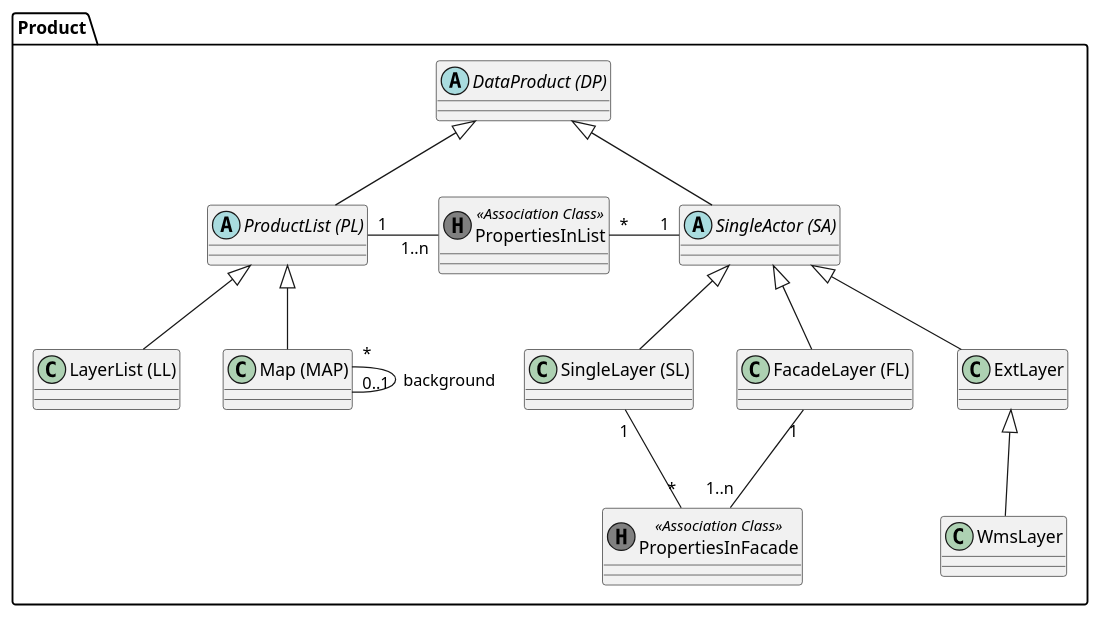
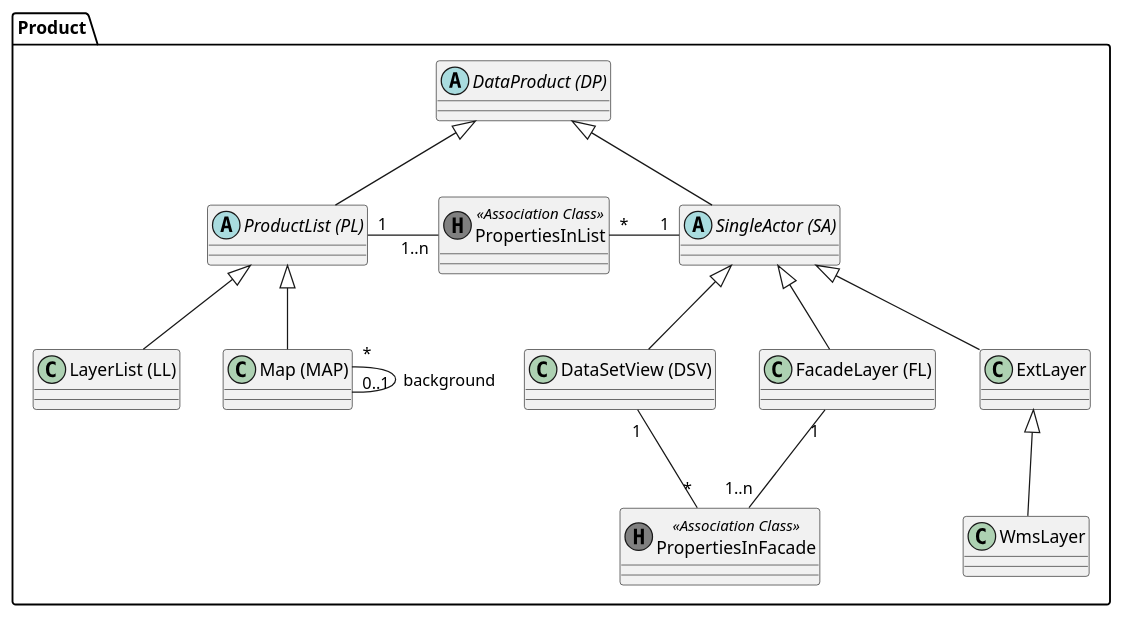
One commit to sogis/simi changed the diagram in simi/doc/puml/src/simi_product.puml. Above: the diagram before and after it, drawn with PlantUML. The commit also changed 8 other files, not shown here.

Commit message:
sl2dsv: puml diagrams

```diff
--- a/simi/doc/puml/src/simi_product.puml
+++ b/simi/doc/puml/src/simi_product.puml
@@ -1,39 +1,39 @@
 @startuml
 package Product {
   abstract class "DataProduct (DP)" as dp
 
   abstract class "ProductList (PL)" as pl
   class "LayerList (LL)" as ll
   class "Map (MAP)" as map
 
   abstract class "SingleActor (SA)" as sa
   class "FacadeLayer (FL)" as fl
-  class "SingleLayer (SL)" as sl
+  class "DataSetView (DSV)" as dsv
   class "ExtLayer" as el
   class "WmsLayer" as wl
 
   class "PropertiesInFacade" as pif << (H, grey) Association Class >>
   class "PropertiesInList" as pil << (H, grey) Association Class >>
 
   dp <|-- pl
 
   pl <|-- ll
   pl <|-- map
 
   dp <|-- sa
 
-  sa <|-- sl
+  sa <|-- dsv
   sa <|-- fl
   sa <|-- el
 
   el <|-- wl
 
   pl "1" -right- "1..n" pil : "      "
   pil "*" -right- "1" sa : "      "
 
   map "*" -- "0..1" map : "background"
 
   fl "1" -- "1..n" pif : "      "
-  pif "*" -up- "1" sl : "      "
+  pif "*" -up- "1" dsv : "      "
 }
 @enduml
```
